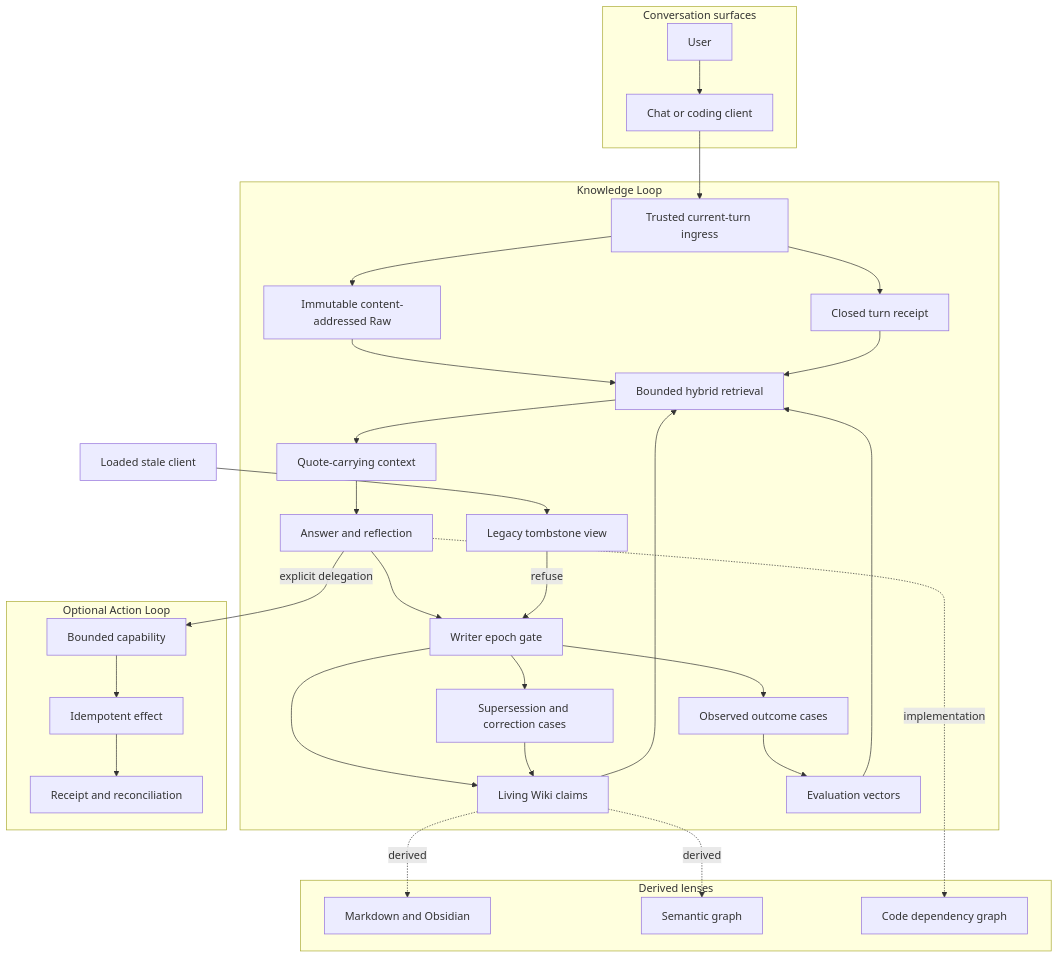
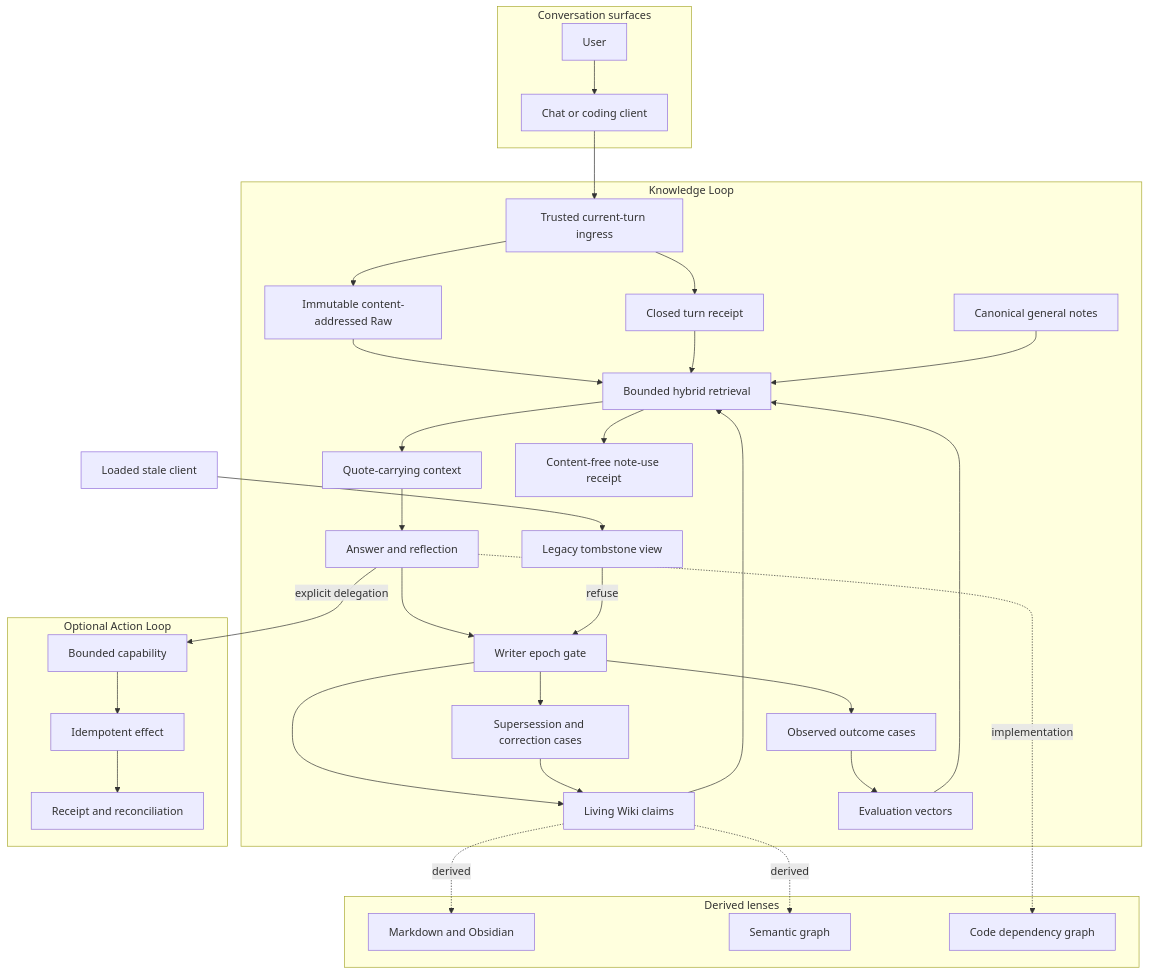
The diagram in diagrams/system.mmd (ezboom1111/leevault-architecture), drawn with Mermaid before and after one commit. The commit also changed 7 other files, not shown here.

```diff
--- a/diagrams/system.mmd
+++ b/diagrams/system.mmd
@@ -1,47 +1,51 @@
 flowchart TB
     subgraph Surface[Conversation surfaces]
         User[User]
         Client[Chat or coding client]
     end
 
     subgraph Knowledge[Knowledge Loop]
         Ingress[Trusted current-turn ingress]
         Raw[Immutable content-addressed Raw]
         Receipt[Closed turn receipt]
+        Notes[Canonical general notes]
         Search[Bounded hybrid retrieval]
         Context[Quote-carrying context]
+        NoteUse[Content-free note-use receipt]
         Reflect[Answer and reflection]
         Epoch[Writer epoch gate]
         Tombstone[Legacy tombstone view]
         Wiki[Living Wiki claims]
         Correct[Supersession and correction cases]
         Outcome[Observed outcome cases]
         Eval[Evaluation vectors]
     end
 
     subgraph Lenses[Derived lenses]
         Markdown[Markdown and Obsidian]
         Graph[Semantic graph]
         Code[Code dependency graph]
     end
 
     subgraph Actions[Optional Action Loop]
         Lease[Bounded capability]
         Effect[Idempotent effect]
         Reconcile[Receipt and reconciliation]
     end
 
     User --> Client --> Ingress
     Ingress --> Raw
     Ingress --> Receipt
     Raw --> Search
     Receipt --> Search
+    Notes --> Search
     Wiki --> Search --> Context --> Reflect --> Epoch
+    Search --> NoteUse
     Stale[Loaded stale client] --> Tombstone -->|refuse| Epoch
     Epoch --> Wiki
     Epoch --> Correct --> Wiki
     Epoch --> Outcome --> Eval --> Search
     Wiki -. derived .-> Markdown
     Wiki -. derived .-> Graph
     Reflect -. implementation .-> Code
     Reflect -->|explicit delegation| Lease --> Effect --> Reconcile
```
